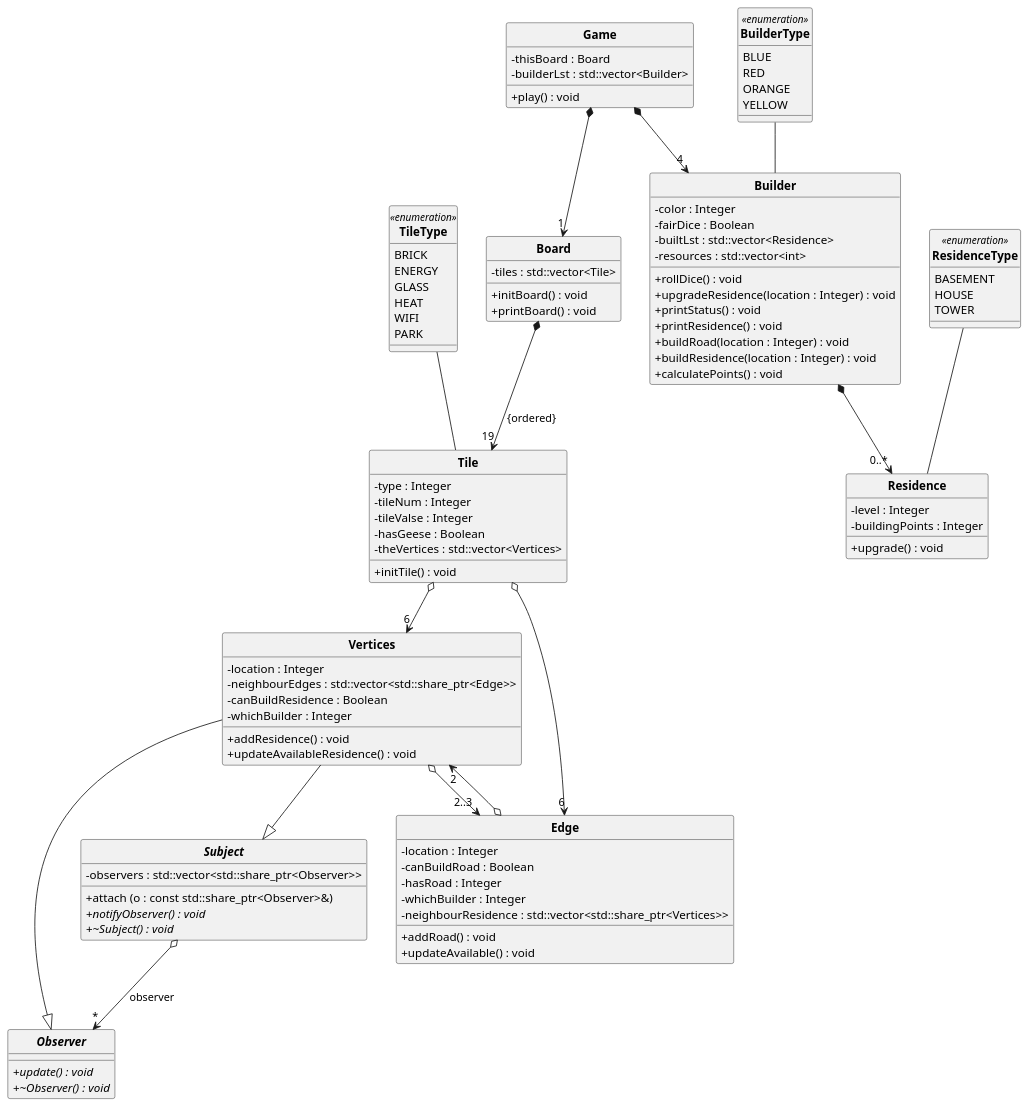
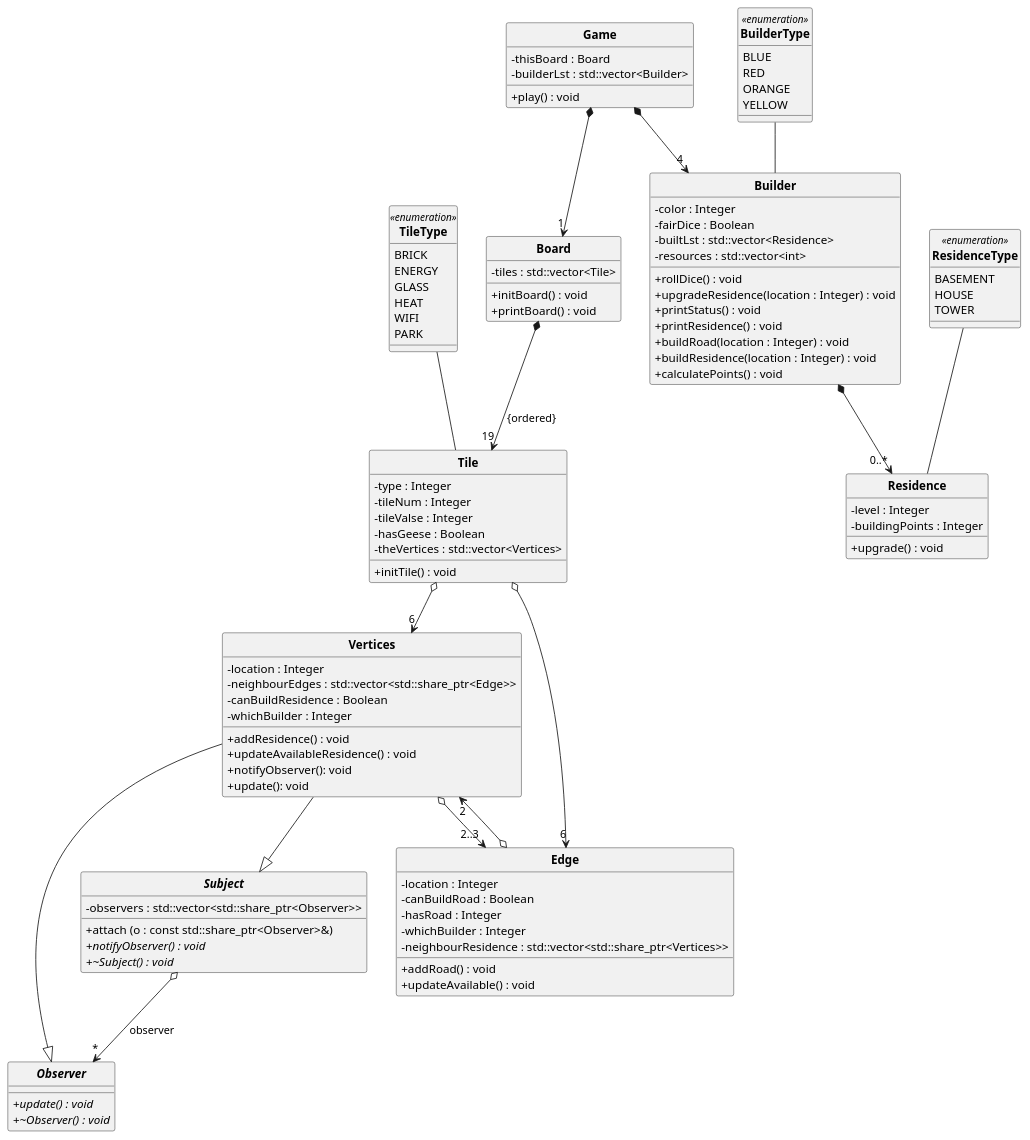
Before and after one commit to Charles-Shang/constructor: the diagram in UML.wsd, drawn with PlantUML.

Commit message:
Update UML.wsd
add update() and notifyObserver() overriden functions from observer pattern

```diff
--- a/UML.wsd
+++ b/UML.wsd
@@ -1,115 +1,117 @@
 @startuml CS246 Final Project UML ddl#1
 skinparam style strictuml
 skinparam SequenceMessageAlignment center
 skinparam classAttributeIconSize 0
 
 class "**Board**"  {
     -tiles : std::vector<Tile>
     +initBoard() : void 
     +printBoard() : void 
 } 
 
 enum "**TileType**" << enumeration >> {
     BRICK 
     ENERGY 
     GLASS 
     HEAT 
     WIFI 
     PARK
 }
 
 class "**Tile**" {
     - type : Integer
     - tileNum : Integer
     - tileValse : Integer
     - hasGeese : Boolean
     - theVertices : std::vector<Vertices>
     + initTile() : void
 } 
 
 abstract class "**Observer**" {
     + {abstract} update() : void
     + {abstract} ~Observer() : void
 }
 
 abstract class "**Subject**" {
     - observers : std::vector<std::share_ptr<Observer>>
     + attach (o : const std::share_ptr<Observer>&)
     + {abstract} notifyObserver() : void
     + {abstract} ~Subject() : void
 }
 
 class "**Vertices**" {
     - location : Integer
     - neighbourEdges : std::vector<std::share_ptr<Edge>> 
     - canBuildResidence : Boolean
     - whichBuilder : Integer
     + addResidence() : void 
-    + updateAvailableResidence() : void 
+    + updateAvailableResidence() : void
+    + notifyObserver(): void
+    + update(): void
 }
 
 class "**Edge**" {
     - location : Integer 
     - canBuildRoad : Boolean
     - hasRoad : Integer 
     - whichBuilder : Integer 
     - neighbourResidence : std::vector<std::share_ptr<Vertices>>
     + addRoad() : void 
     + updateAvailable() : void 
 }
 
 enum "**BuilderType**" << enumeration >> {
     BLUE 
     RED 
     ORANGE 
     YELLOW 
 }
 
 class "**Builder**" {
     - color : Integer 
     - fairDice : Boolean
     - builtLst : std::vector<Residence> 
     - resources : std::vector<int>
     + rollDice() : void 
     + upgradeResidence(location : Integer) : void
     + printStatus() : void 
     + printResidence() : void 
     + buildRoad(location : Integer) : void
     + buildResidence(location : Integer) : void
     + calculatePoints() : void 
 }
 
 enum "**ResidenceType**" << enumeration >> {
     BASEMENT 
     HOUSE
     TOWER  
 }
 
 class "**Residence**" {
     - level : Integer 
     - buildingPoints : Integer 
     + upgrade() : void 
 }
 
 class "**Game**" {
     - thisBoard : Board 
     - builderLst : std::vector<Builder>
     + play() : void 
 }
 
 "**Game**" *--> "1" "**Board**"
 "**Subject**" o--> "*" "**Observer**" : "observer"
 "**Vertices**" --|> "**Subject**"
 "**Vertices**" --|> "**Observer**"
 "**Vertices**" o--> "2..3" "**Edge**" 
 "**Edge**" o--> "2" "**Vertices**"
 "**Game**" *--> "4" "**Builder**"
 "**Board**" *--> "19" "**Tile**" : {ordered}
 "**Tile**" o--> "6" "**Edge**"
 "**Tile**" o--> "6" "**Vertices**"
 "**Builder**" *--> "0..*" "**Residence**"
 "**BuilderType**" -- "**Builder**"
 "**TileType**" -- "**Tile**"
 "**ResidenceType**" -- "**Residence**"
 
 @enduml
```
